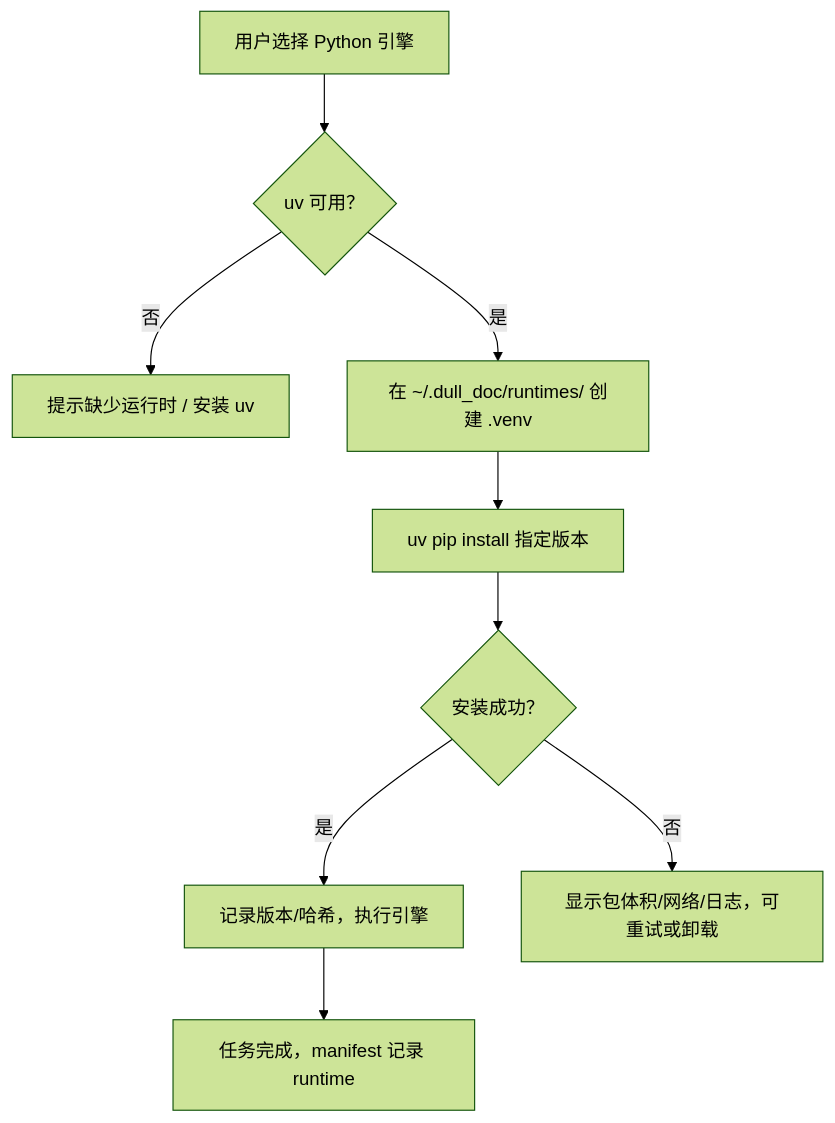
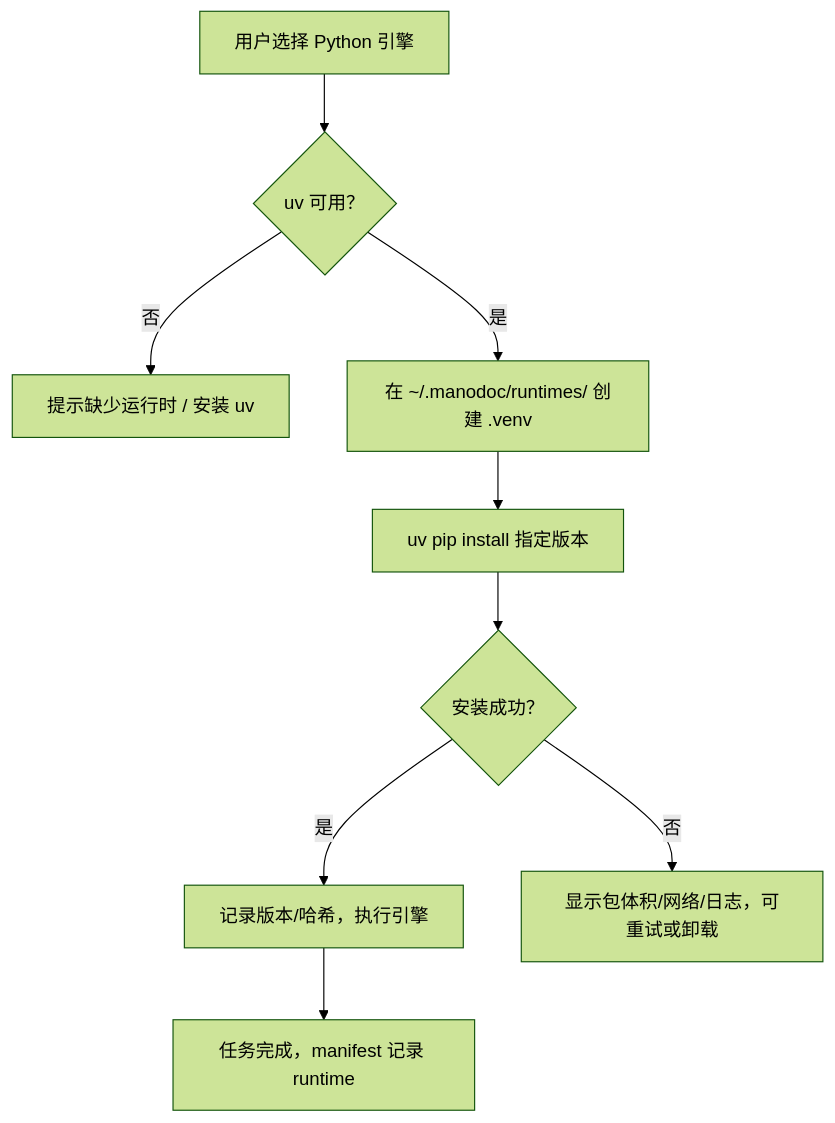
Diagram 19 of 21 in docs/superpowers/软件功能设计说明.md (987763485/ManoDoc), drawn with Mermaid (forest theme) before and after one commit. The commit also changed other lines of this file and 43 other files, not shown here.

````diff
--- a/docs/superpowers/软件功能设计说明.md
+++ b/docs/superpowers/软件功能设计说明.md
@@ -513,11 +513,11 @@
 ```mermaid
 flowchart TD
   A["用户选择 Python 引擎"] --> B{"uv 可用？"}
   B -->|"否"| C["提示缺少运行时 / 安装 uv"]
-  B -->|"是"| D["在 ~/.dull_doc/runtimes/<engine> 创建 .venv"]
+  B -->|"是"| D["在 ~/.manodoc/runtimes/<engine> 创建 .venv"]
   D --> E["uv pip install 指定版本"]
   E --> F{"安装成功？"}
   F -->|"是"| G["记录版本/哈希，执行引擎"]
   F -->|"否"| H["显示包体积/网络/日志，可重试或卸载"]
   G --> I["任务完成，manifest 记录 runtime"]
 ```
````
